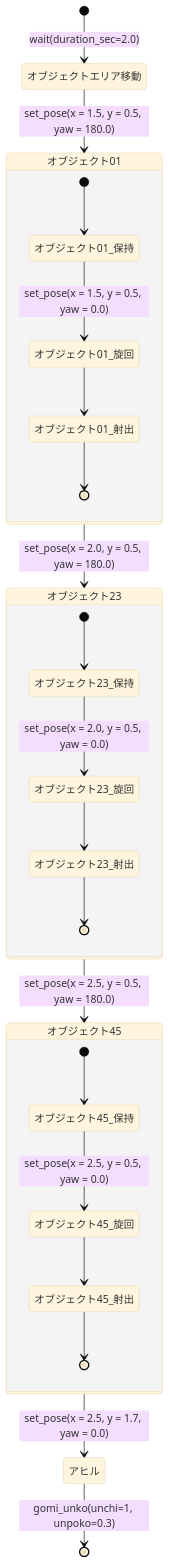
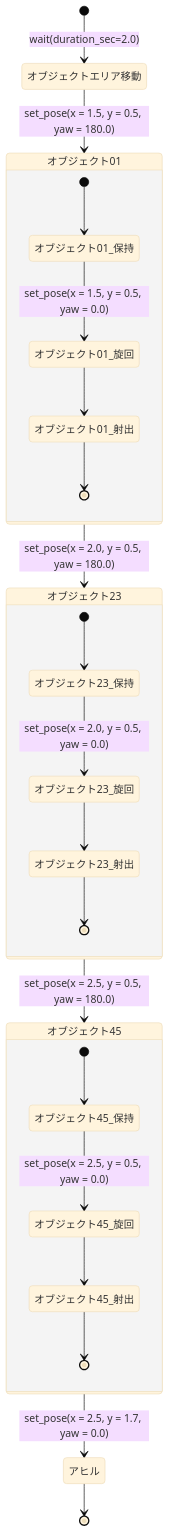
The diagram in src/launch/krb2026b_launch/state_graph/test.md (NITIC-Robot-Club/krb2026b_ros2), drawn with Mermaid (base theme) before and after one commit. The commit also changed 3 other files, not shown here.

````diff
--- a/src/launch/krb2026b_launch/state_graph/test.md
+++ b/src/launch/krb2026b_launch/state_graph/test.md
@@ -1,30 +1,30 @@
 ```mermaid
 stateDiagram-v2
 [*] --> オブジェクトエリア移動 : wait(duration_sec=2.0)
 オブジェクトエリア移動 --> オブジェクト01 : set_pose(x = 1.5, y = 0.5, yaw = 180.0)
 オブジェクト01 --> オブジェクト23 : set_pose(x = 2.0, y = 0.5, yaw = 180.0)
 オブジェクト23 --> オブジェクト45 : set_pose(x = 2.5, y = 0.5, yaw = 180.0)
 オブジェクト45 --> アヒル : set_pose(x = 2.5, y = 1.7, yaw = 0.0)
-アヒル --> [*] : gomi_unko(unchi=1, unpoko=0.3)
+アヒル --> [*]
 
 state オブジェクト01 {
     [*] --> オブジェクト01_保持
     オブジェクト01_保持 --> オブジェクト01_旋回 : set_pose(x = 1.5, y = 0.5, yaw = 0.0)
     オブジェクト01_旋回 --> オブジェクト01_射出
     オブジェクト01_射出 --> [*]
 }
 
 state オブジェクト23 {
     [*] --> オブジェクト23_保持
     オブジェクト23_保持 --> オブジェクト23_旋回 : set_pose(x = 2.0, y = 0.5, yaw = 0.0)
     オブジェクト23_旋回 --> オブジェクト23_射出
     オブジェクト23_射出 --> [*]
 }
 
 state オブジェクト45 {
     [*] --> オブジェクト45_保持
     オブジェクト45_保持 --> オブジェクト45_旋回 : set_pose(x = 2.5, y = 0.5, yaw = 0.0)
     オブジェクト45_旋回 --> オブジェクト45_射出
     オブジェクト45_射出 --> [*]
 }
 ```
````
